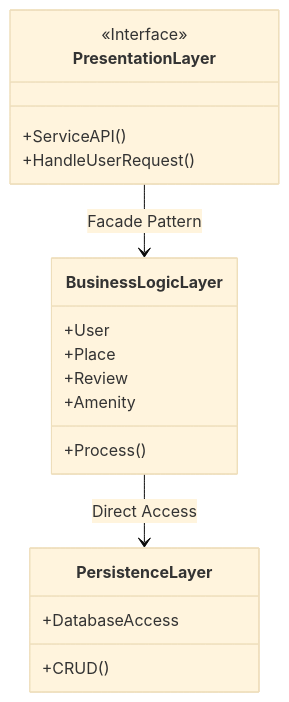
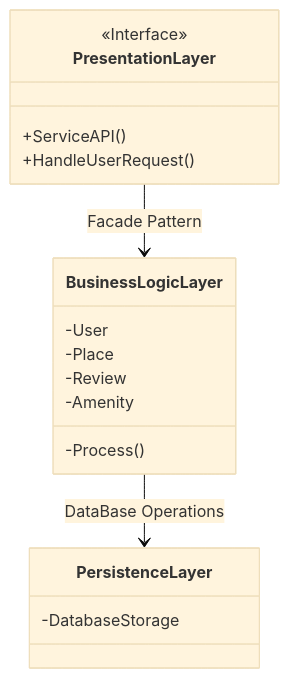
One commit to Basco64/HBNB_UML changed the diagram in High-Level_Package_Diagram.md. Above: the diagram before and after it, drawn with Mermaid (base theme).

````diff
--- a/High-Level_Package_Diagram.md
+++ b/High-Level_Package_Diagram.md
@@ -1,23 +1,22 @@
 ```mermaid
 classDiagram
 
 class PresentationLayer {
     <<Interface>>
     +ServiceAPI()
     +HandleUserRequest()
 }
 class BusinessLogicLayer {
-    +User
-    +Place
-    +Review
-    +Amenity
-    +Process()
+    -User
+    -Place
+    -Review
+    -Amenity
+    -Process()
 }
 class PersistenceLayer {
-    +DatabaseAccess
-    +CRUD()
+    -DatabaseStorage
 }
 
 PresentationLayer --> BusinessLogicLayer : Facade Pattern
-BusinessLogicLayer --> PersistenceLayer : Direct Access
+BusinessLogicLayer --> PersistenceLayer : DataBase Operations
 ```
````
